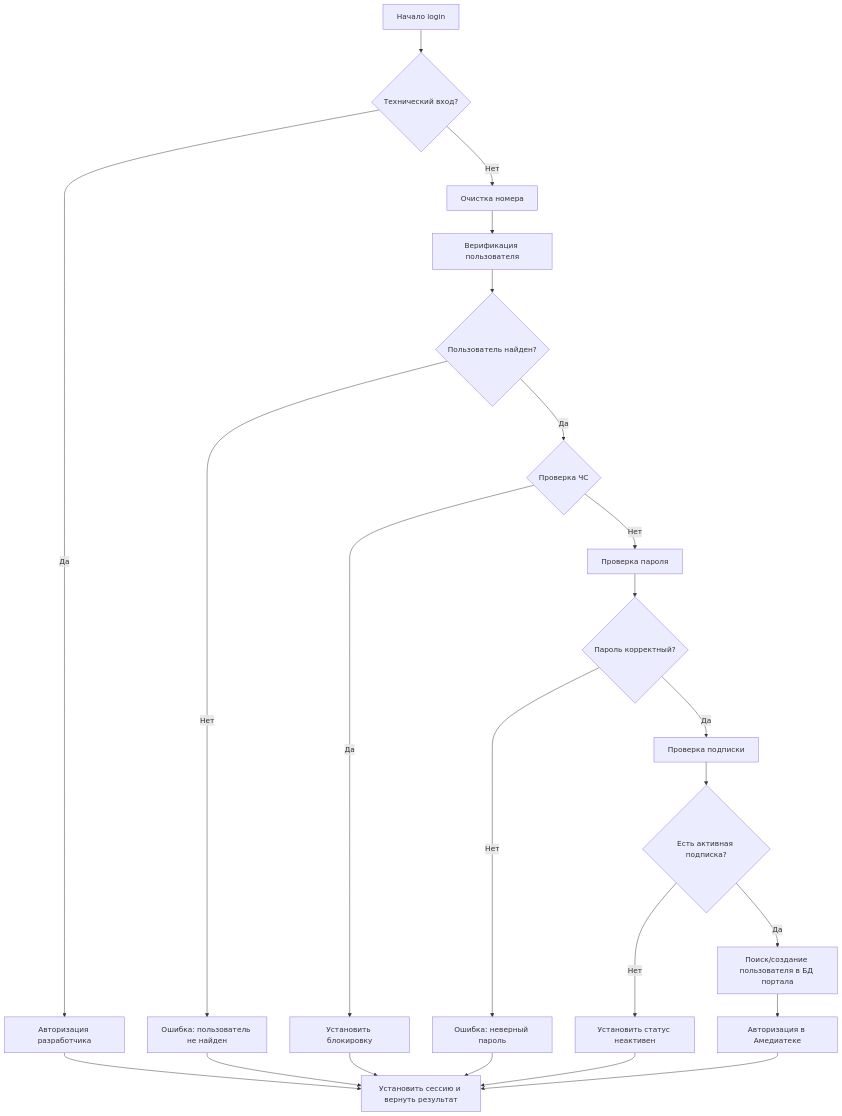
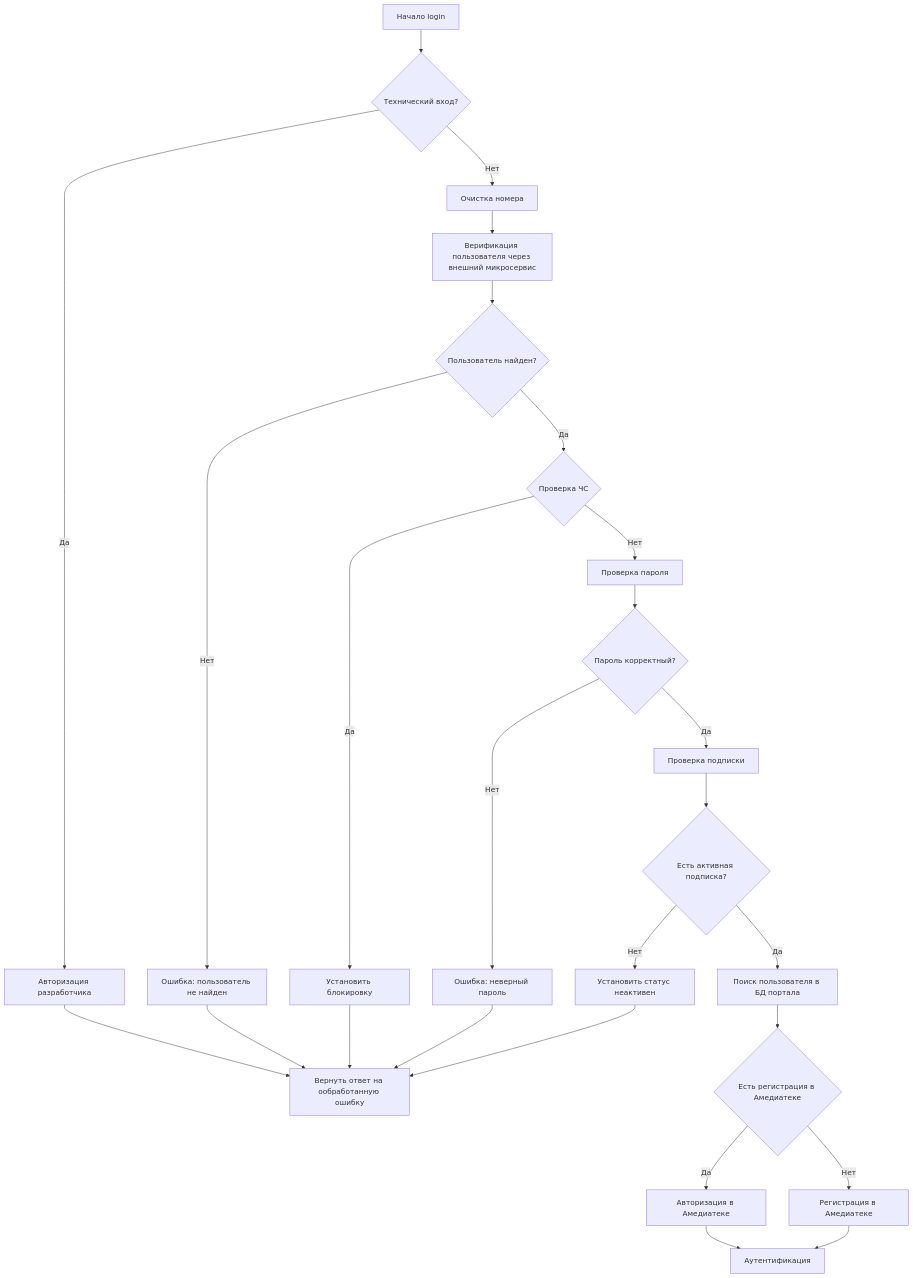
The diagram in User_Case_authorisation.md (gorthoure/documentation), drawn with Mermaid before and after one commit. The commit also changed other lines of this file, not shown here.

````diff
--- a/User_Case_authorisation.md
+++ b/User_Case_authorisation.md
@@ -71,25 +65,28 @@
 ```mermaid
 graph TD
     A[Начало login] --> B{Технический вход?}
     B -->|Да| C[Авторизация разработчика]
     B -->|Нет| D[Очистка номера]
-    D --> E[Верификация пользователя]
+    D --> E[Верификация пользователя через внешний микросервис]
     E --> F{Пользователь найден?}
     F -->|Нет| G[Ошибка: пользователь не найден]
     F -->|Да| H{Проверка ЧС}
     H -->|Да| I[Установить блокировку]
     H -->|Нет| J[Проверка пароля]
     J --> K{Пароль корректный?}
     K -->|Нет| L[Ошибка: неверный пароль]
     K -->|Да| M[Проверка подписки]
     M --> N{Есть активная подписка?}
     N -->|Нет| O[Установить статус неактивен]
-    N -->|Да| P[Поиск/создание пользователя в БД портала]
-    P --> Q[Авторизация в Амедиатеке]
-    Q --> R[Установить сессию и вернуть результат]
-    I --> R
-    O --> R
-    L --> R
-    G --> R
-    C --> R
+    N -->|Да| P[Поиск пользователя в БД портала]
+    P --> Q{Есть регистрация в Амедиатеке}
+    Q --> |Да| R[Авторизация в Амедиатеке]
+    Q --> |Нет| Z[Регистрация в Амедиатеке]
+    R --> S[Аутентификация]
+    Z --> S[Аутентификация]
+    I --> T[Вернуть ответ на ообработанную ошибку]
+    O --> T
+    L --> T
+    G --> T
+    C --> T
 ```
````
